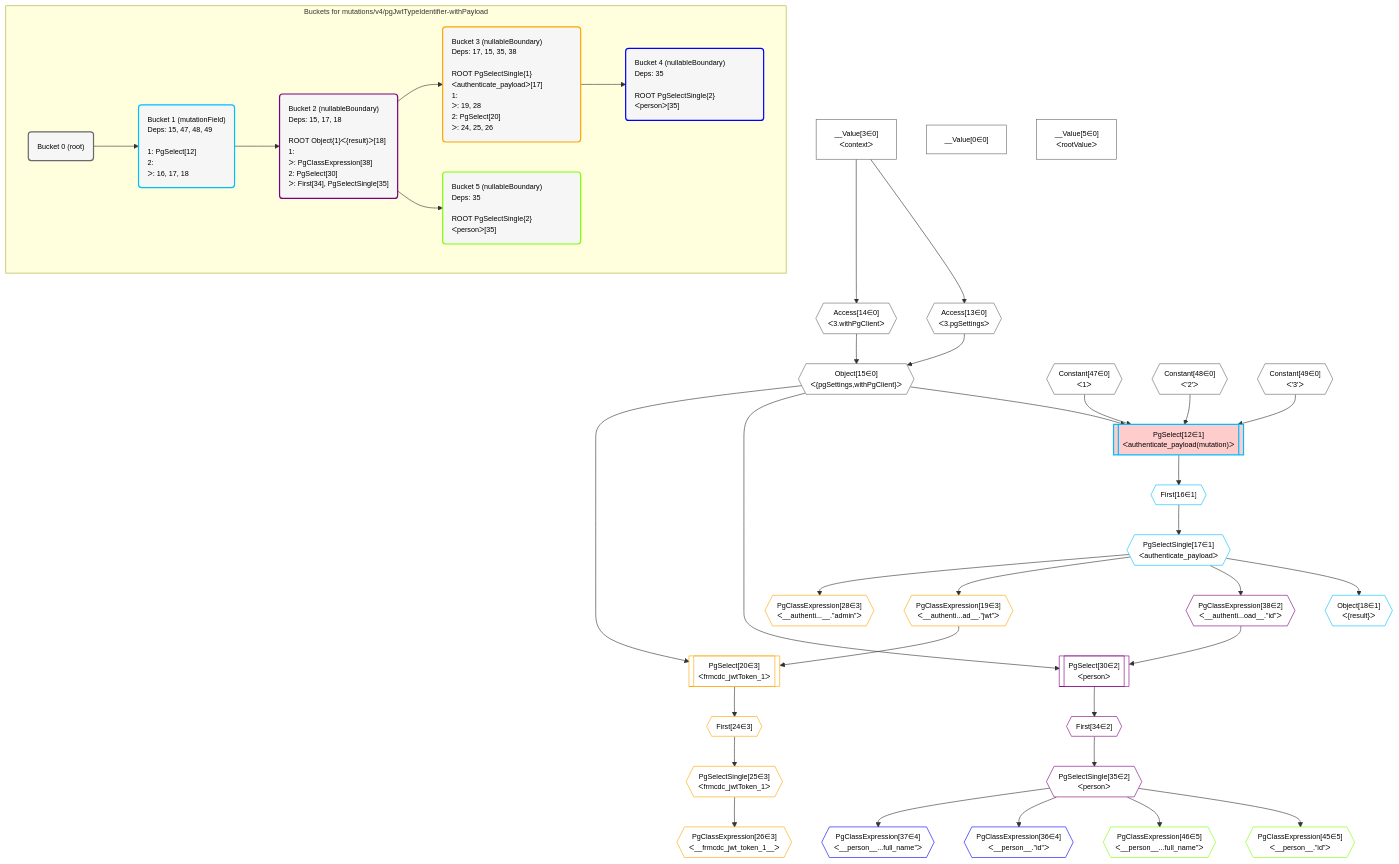
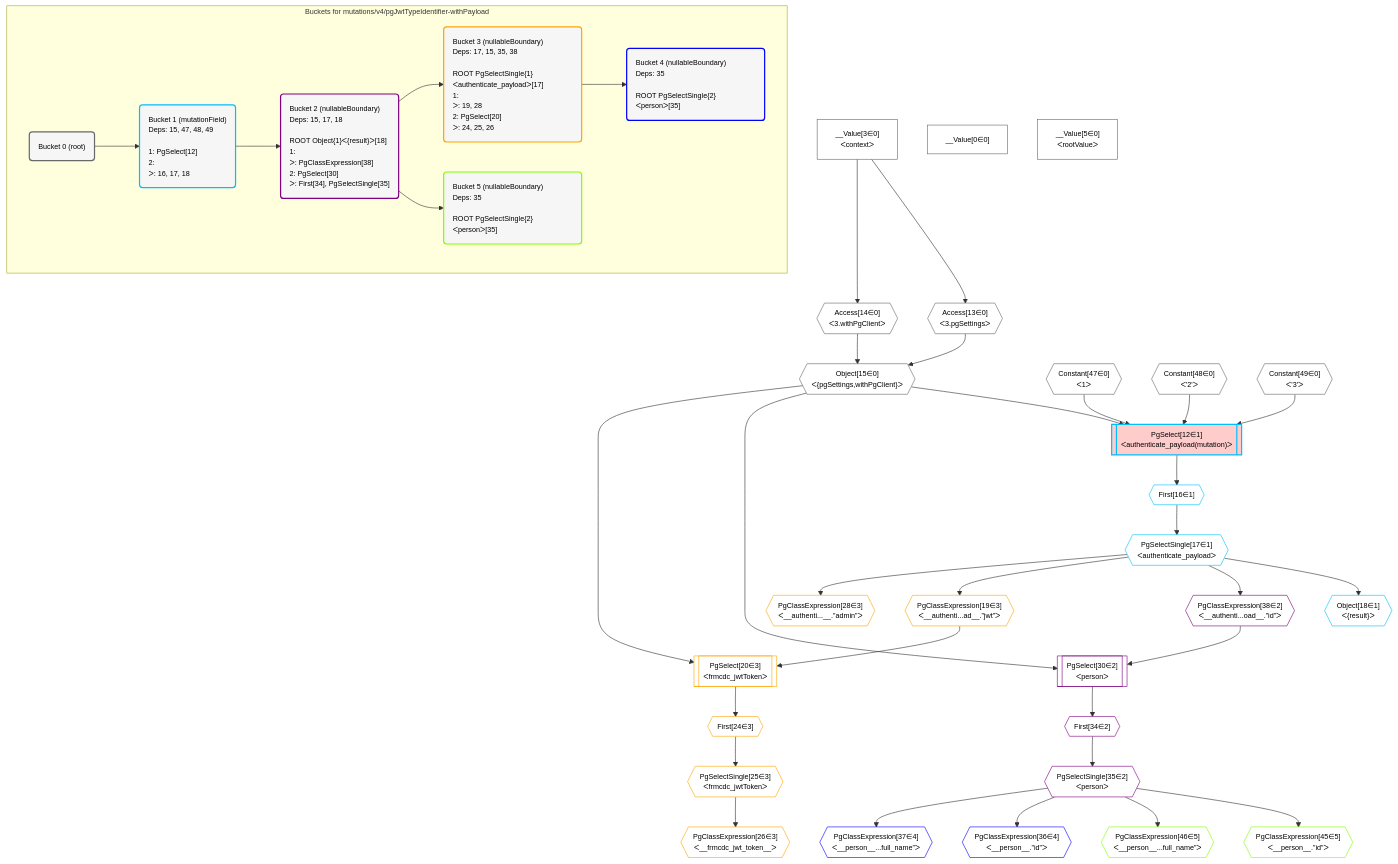
The diagram in postgraphile/postgraphile/__tests__/mutations/v4/pgJwtTypeIdentifier-withPayload.mermaid (graphile/crystal), drawn with Mermaid before and after one commit. The commit also changed 29 other files, not shown here.

```diff
--- a/postgraphile/postgraphile/__tests__/mutations/v4/pgJwtTypeIdentifier-withPayload.mermaid
+++ b/postgraphile/postgraphile/__tests__/mutations/v4/pgJwtTypeIdentifier-withPayload.mermaid
@@ -1,86 +1,86 @@
 %%{init: {'themeVariables': { 'fontSize': '12px'}}}%%
 graph TD
     classDef path fill:#eee,stroke:#000,color:#000
     classDef plan fill:#fff,stroke-width:1px,color:#000
     classDef itemplan fill:#fff,stroke-width:2px,color:#000
     classDef unbatchedplan fill:#dff,stroke-width:1px,color:#000
     classDef sideeffectplan fill:#fcc,stroke-width:2px,color:#000
     classDef bucket fill:#f6f6f6,color:#000,stroke-width:2px,text-align:left
 
 
     %% plan dependencies
     Object15{{"Object[15∈0]<br />ᐸ{pgSettings,withPgClient}ᐳ"}}:::plan
     Access13{{"Access[13∈0]<br />ᐸ3.pgSettingsᐳ"}}:::plan
     Access14{{"Access[14∈0]<br />ᐸ3.withPgClientᐳ"}}:::plan
     Access13 & Access14 --> Object15
     __Value3["__Value[3∈0]<br />ᐸcontextᐳ"]:::plan
     __Value3 --> Access13
     __Value3 --> Access14
     __Value0["__Value[0∈0]"]:::plan
     __Value5["__Value[5∈0]<br />ᐸrootValueᐳ"]:::plan
     Constant47{{"Constant[47∈0]<br />ᐸ1ᐳ"}}:::plan
     Constant48{{"Constant[48∈0]<br />ᐸ'2'ᐳ"}}:::plan
     Constant49{{"Constant[49∈0]<br />ᐸ'3'ᐳ"}}:::plan
     PgSelect12[["PgSelect[12∈1]<br />ᐸauthenticate_payload(mutation)ᐳ"]]:::sideeffectplan
     Object15 & Constant47 & Constant48 & Constant49 --> PgSelect12
     First16{{"First[16∈1]"}}:::plan
     PgSelect12 --> First16
     PgSelectSingle17{{"PgSelectSingle[17∈1]<br />ᐸauthenticate_payloadᐳ"}}:::plan
     First16 --> PgSelectSingle17
     Object18{{"Object[18∈1]<br />ᐸ{result}ᐳ"}}:::plan
     PgSelectSingle17 --> Object18
     PgSelect30[["PgSelect[30∈2]<br />ᐸpersonᐳ"]]:::plan
     PgClassExpression38{{"PgClassExpression[38∈2]<br />ᐸ__authenti...oad__.”id”ᐳ"}}:::plan
     Object15 & PgClassExpression38 --> PgSelect30
     PgSelectSingle17 --> PgClassExpression38
     First34{{"First[34∈2]"}}:::plan
     PgSelect30 --> First34
     PgSelectSingle35{{"PgSelectSingle[35∈2]<br />ᐸpersonᐳ"}}:::plan
     First34 --> PgSelectSingle35
     PgClassExpression45{{"PgClassExpression[45∈5]<br />ᐸ__person__.”id”ᐳ"}}:::plan
     PgSelectSingle35 --> PgClassExpression45
     PgClassExpression46{{"PgClassExpression[46∈5]<br />ᐸ__person__...full_name”ᐳ"}}:::plan
     PgSelectSingle35 --> PgClassExpression46
-    PgSelect20[["PgSelect[20∈3]<br />ᐸfrmcdc_jwtToken_1ᐳ"]]:::plan
+    PgSelect20[["PgSelect[20∈3]<br />ᐸfrmcdc_jwtTokenᐳ"]]:::plan
     PgClassExpression19{{"PgClassExpression[19∈3]<br />ᐸ__authenti...ad__.”jwt”ᐳ"}}:::plan
     Object15 & PgClassExpression19 --> PgSelect20
     PgSelectSingle17 --> PgClassExpression19
     First24{{"First[24∈3]"}}:::plan
     PgSelect20 --> First24
-    PgSelectSingle25{{"PgSelectSingle[25∈3]<br />ᐸfrmcdc_jwtToken_1ᐳ"}}:::plan
+    PgSelectSingle25{{"PgSelectSingle[25∈3]<br />ᐸfrmcdc_jwtTokenᐳ"}}:::plan
     First24 --> PgSelectSingle25
-    PgClassExpression26{{"PgClassExpression[26∈3]<br />ᐸ__frmcdc_jwt_token_1__ᐳ"}}:::plan
+    PgClassExpression26{{"PgClassExpression[26∈3]<br />ᐸ__frmcdc_jwt_token__ᐳ"}}:::plan
     PgSelectSingle25 --> PgClassExpression26
     PgClassExpression28{{"PgClassExpression[28∈3]<br />ᐸ__authenti...__.”admin”ᐳ"}}:::plan
     PgSelectSingle17 --> PgClassExpression28
     PgClassExpression36{{"PgClassExpression[36∈4]<br />ᐸ__person__.”id”ᐳ"}}:::plan
     PgSelectSingle35 --> PgClassExpression36
     PgClassExpression37{{"PgClassExpression[37∈4]<br />ᐸ__person__...full_name”ᐳ"}}:::plan
     PgSelectSingle35 --> PgClassExpression37
 
     %% define steps
 
     subgraph "Buckets for mutations/v4/pgJwtTypeIdentifier-withPayload"
     Bucket0("Bucket 0 (root)"):::bucket
     classDef bucket0 stroke:#696969
     class Bucket0,__Value0,__Value3,__Value5,Access13,Access14,Object15,Constant47,Constant48,Constant49 bucket0
     Bucket1("Bucket 1 (mutationField)<br />Deps: 15, 47, 48, 49<br /><br />1: PgSelect[12]<br />2: <br />ᐳ: 16, 17, 18"):::bucket
     classDef bucket1 stroke:#00bfff
     class Bucket1,PgSelect12,First16,PgSelectSingle17,Object18 bucket1
     Bucket2("Bucket 2 (nullableBoundary)<br />Deps: 15, 17, 18<br /><br />ROOT Object{1}ᐸ{result}ᐳ[18]<br />1: <br />ᐳ: PgClassExpression[38]<br />2: PgSelect[30]<br />ᐳ: First[34], PgSelectSingle[35]"):::bucket
     classDef bucket2 stroke:#7f007f
     class Bucket2,PgSelect30,First34,PgSelectSingle35,PgClassExpression38 bucket2
     Bucket3("Bucket 3 (nullableBoundary)<br />Deps: 17, 15, 35, 38<br /><br />ROOT PgSelectSingle{1}ᐸauthenticate_payloadᐳ[17]<br />1: <br />ᐳ: 19, 28<br />2: PgSelect[20]<br />ᐳ: 24, 25, 26"):::bucket
     classDef bucket3 stroke:#ffa500
     class Bucket3,PgClassExpression19,PgSelect20,First24,PgSelectSingle25,PgClassExpression26,PgClassExpression28 bucket3
     Bucket4("Bucket 4 (nullableBoundary)<br />Deps: 35<br /><br />ROOT PgSelectSingle{2}ᐸpersonᐳ[35]"):::bucket
     classDef bucket4 stroke:#0000ff
     class Bucket4,PgClassExpression36,PgClassExpression37 bucket4
     Bucket5("Bucket 5 (nullableBoundary)<br />Deps: 35<br /><br />ROOT PgSelectSingle{2}ᐸpersonᐳ[35]"):::bucket
     classDef bucket5 stroke:#7fff00
     class Bucket5,PgClassExpression45,PgClassExpression46 bucket5
     Bucket0 --> Bucket1
     Bucket1 --> Bucket2
     Bucket2 --> Bucket3 & Bucket5
     Bucket3 --> Bucket4
     end
```
